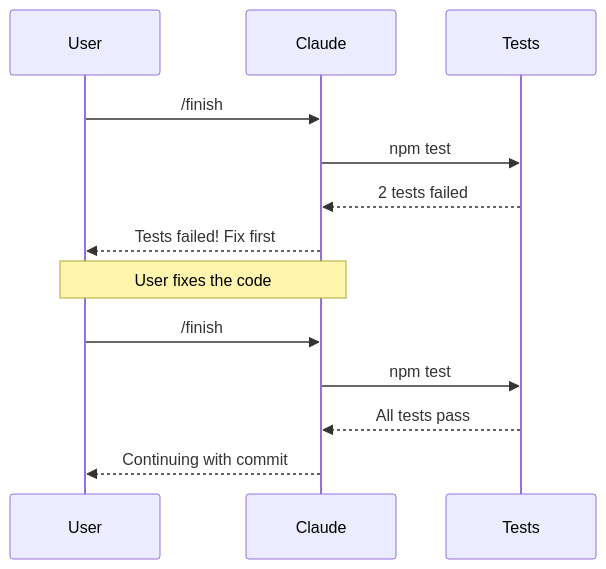
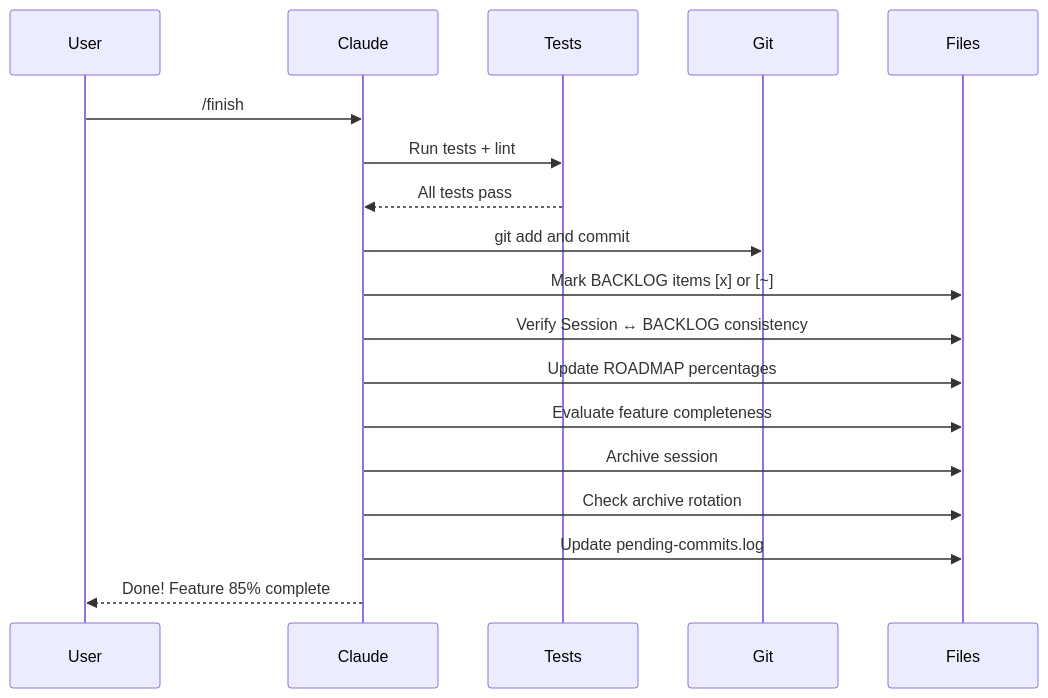
Before and after one commit to brujoh88/workflowIA: the fourth of 6 diagrams in README.md, drawn with Mermaid. The commit also changed other lines of this file and 23 other files, not shown here.

````diff
--- a/README.md
+++ b/README.md
@@ -128,16 +149,21 @@
 ```mermaid
 sequenceDiagram
     participant U as User
     participant C as Claude
     participant T as Tests
+    participant G as Git
+    participant F as Files
 
     U->>C: /finish
-    C->>T: npm test
-    T-->>C: 2 tests failed
-    C-->>U: Tests failed! Fix first
-    Note over U,C: User fixes the code
-    U->>C: /finish
-    C->>T: npm test
+    C->>T: Run tests + lint
     T-->>C: All tests pass
-    C-->>U: Continuing with commit
+    C->>G: git add and commit
+    C->>F: Mark BACKLOG items [x] or [~]
+    C->>F: Verify Session ↔ BACKLOG consistency
+    C->>F: Update ROADMAP percentages
+    C->>F: Evaluate feature completeness
+    C->>F: Archive session
+    C->>F: Check archive rotation
+    C->>F: Update pending-commits.log
+    C-->>U: Done! Feature 85% complete
 ```
````
